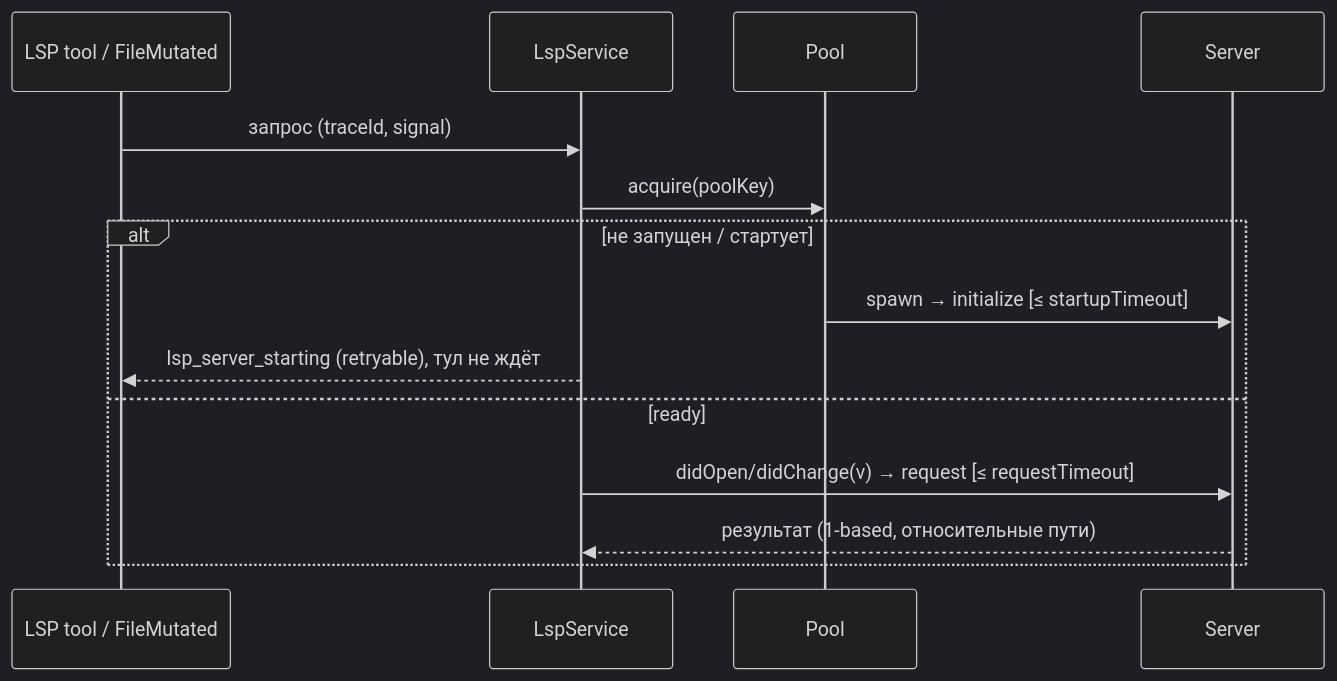
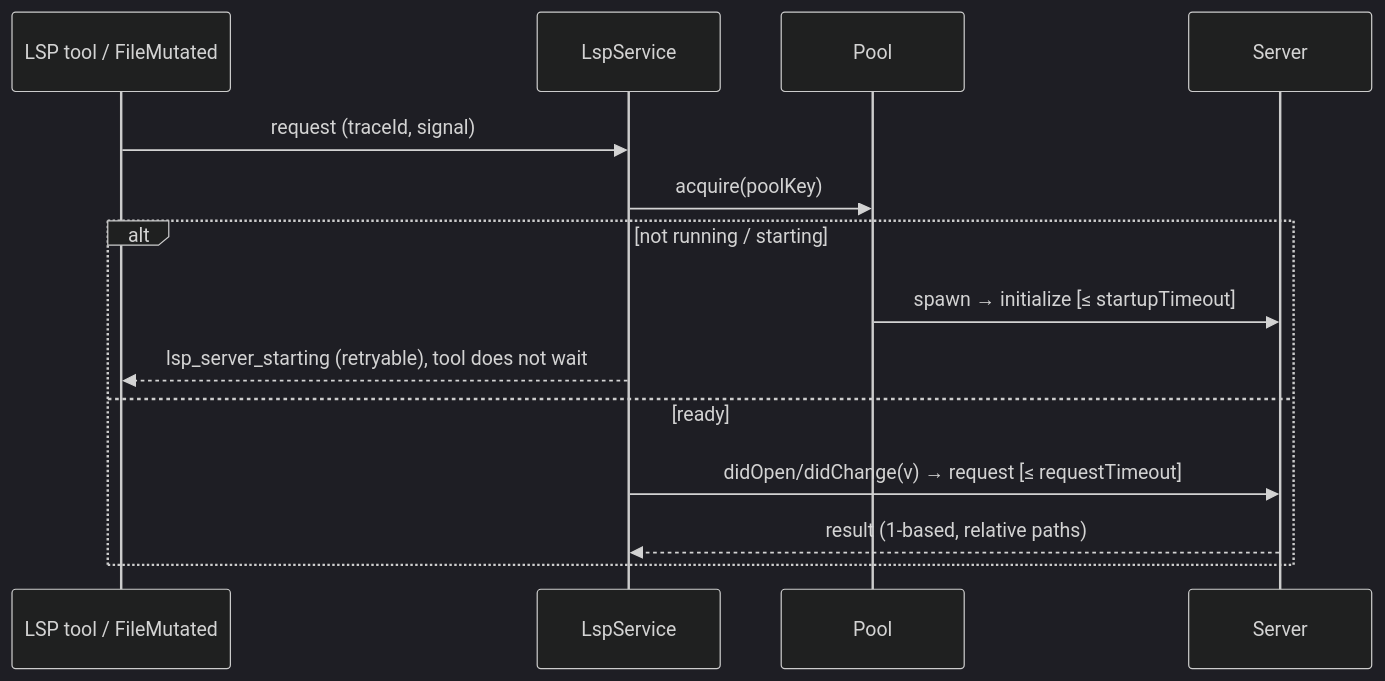
One commit to osben/ZCode changed the second of 2 diagrams in apps/zcode-cli/docs/design/v2/tool/19-lsp.md. Above: the diagram before and after it, drawn with Mermaid (dark theme). The commit also changed other lines of this file, not shown here.

Commit message:
docs(cli): translate LSP spec to English

````diff
--- a/apps/zcode-cli/docs/design/v2/tool/19-lsp.md
+++ b/apps/zcode-cli/docs/design/v2/tool/19-lsp.md
@@ -99,16 +107,16 @@
 ```mermaid
 sequenceDiagram
   participant T as LSP tool / FileMutated
   participant S as LspService
   participant P as Pool
   participant L as Server
-  T->>S: запрос (traceId, signal)
+  T->>S: request (traceId, signal)
   S->>P: acquire(poolKey)
-  alt не запущен / стартует
+  alt not running / starting
     P->>L: spawn → initialize [≤ startupTimeout]
-    S-->>T: lsp_server_starting (retryable), тул не ждёт
+    S-->>T: lsp_server_starting (retryable), tool does not wait
   else ready
     S->>L: didOpen/didChange(v) → request [≤ requestTimeout]
-    L-->>S: результат (1-based, относительные пути)
+    L-->>S: result (1-based, relative paths)
   end
 ```
````
